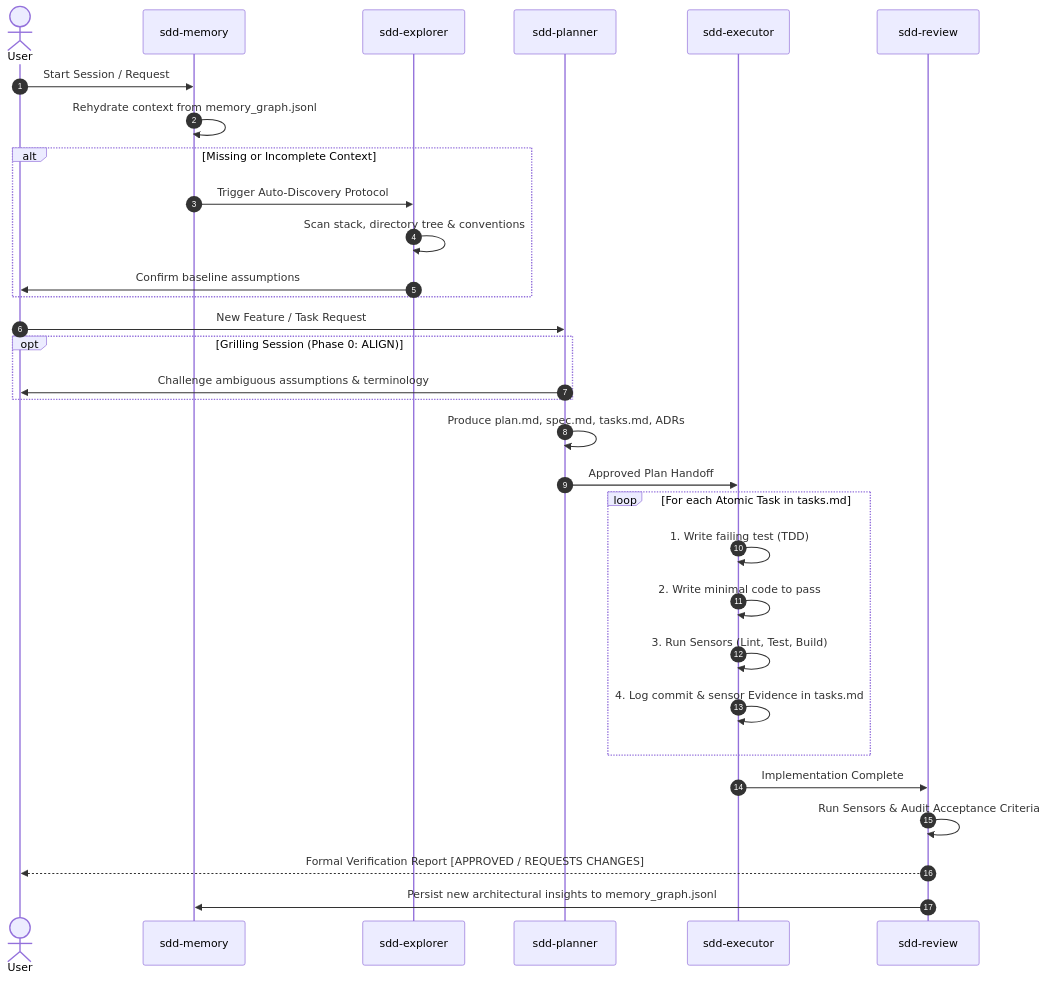
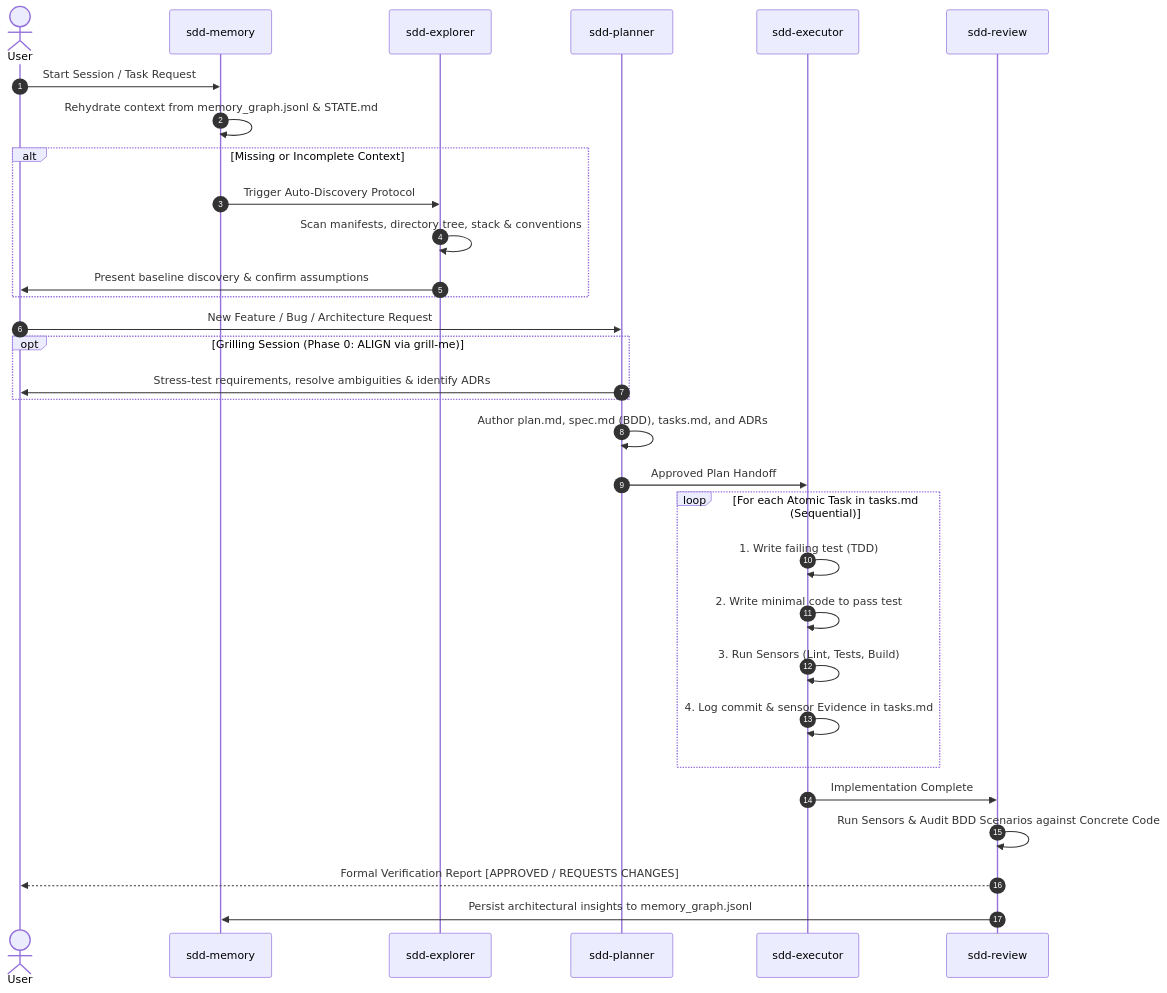
Before and after one commit to KlebersonCollab/ai-sdd-framework: the third of 3 diagrams in README.md, drawn with Mermaid. The commit also changed other lines of this file, not shown here.

````diff
--- a/README.md
+++ b/README.md
@@ -130,38 +135,38 @@
 ```mermaid
 sequenceDiagram
     autonumber
     actor User
     participant Memory as sdd-memory
     participant Explorer as sdd-explorer
     participant Planner as sdd-planner
     participant Executor as sdd-executor
     participant Reviewer as sdd-review
 
-    User->>Memory: Start Session / Request
-    Memory->>Memory: Rehydrate context from memory_graph.jsonl
+    User->>Memory: Start Session / Task Request
+    Memory->>Memory: Rehydrate context from memory_graph.jsonl & STATE.md
     
     alt Missing or Incomplete Context
         Memory->>Explorer: Trigger Auto-Discovery Protocol
-        Explorer->>Explorer: Scan stack, directory tree & conventions
-        Explorer->>User: Confirm baseline assumptions
+        Explorer->>Explorer: Scan manifests, directory tree, stack & conventions
+        Explorer->>User: Present baseline discovery & confirm assumptions
     end
 
-    User->>Planner: New Feature / Task Request
-    opt Grilling Session (Phase 0: ALIGN)
-        Planner->>User: Challenge ambiguous assumptions & terminology
+    User->>Planner: New Feature / Bug / Architecture Request
+    opt Grilling Session (Phase 0: ALIGN via grill-me)
+        Planner->>User: Stress-test requirements, resolve ambiguities & identify ADRs
     end
-    Planner->>Planner: Produce plan.md, spec.md, tasks.md, ADRs
+    Planner->>Planner: Author plan.md, spec.md (BDD), tasks.md, and ADRs
 
     Planner->>Executor: Approved Plan Handoff
-    loop For each Atomic Task in tasks.md
+    loop For each Atomic Task in tasks.md (Sequential)
         Executor->>Executor: 1. Write failing test (TDD)
-        Executor->>Executor: 2. Write minimal code to pass
-        Executor->>Executor: 3. Run Sensors (Lint, Test, Build)
+        Executor->>Executor: 2. Write minimal code to pass test
+        Executor->>Executor: 3. Run Sensors (Lint, Tests, Build)
         Executor->>Executor: 4. Log commit & sensor Evidence in tasks.md
     end
 
     Executor->>Reviewer: Implementation Complete
-    Reviewer->>Reviewer: Run Sensors & Audit Acceptance Criteria
+    Reviewer->>Reviewer: Run Sensors & Audit BDD Scenarios against Concrete Code
     Reviewer-->>User: Formal Verification Report [APPROVED / REQUESTS CHANGES]
-    Reviewer->>Memory: Persist new architectural insights to memory_graph.jsonl
+    Reviewer->>Memory: Persist architectural insights to memory_graph.jsonl
 ```
````
